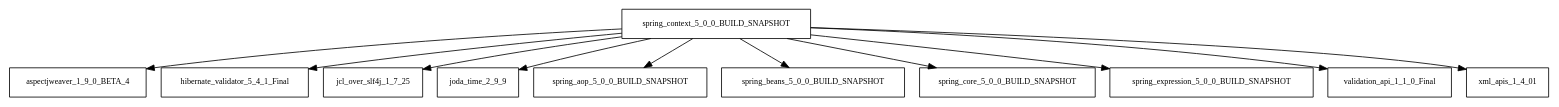
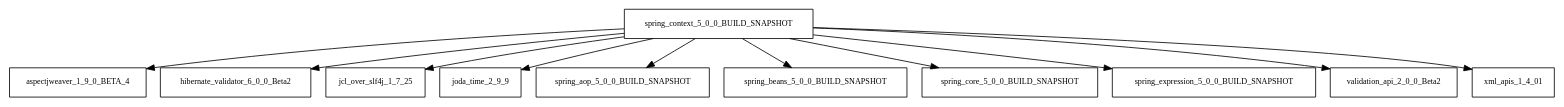
The diagram in tattleTaleReport/graphviz/spring-context-5.0.0.BUILD-SNAPSHOT.jar/spring-context-5.0.0.BUILD-SNAPSHOT.jar.dot (AglaianWoman/cia), drawn with Graphviz before and after one commit. The commit also changed 1763 other files, not shown here.

```diff
--- a/tattleTaleReport/graphviz/spring-context-5.0.0.BUILD-SNAPSHOT.jar/spring-context-5.0.0.BUILD-SNAPSHOT.jar.dot
+++ b/tattleTaleReport/graphviz/spring-context-5.0.0.BUILD-SNAPSHOT.jar/spring-context-5.0.0.BUILD-SNAPSHOT.jar.dot
@@ -1,13 +1,13 @@
 digraph spring_context_5_0_0_BUILD_SNAPSHOT_dependencies {
   node [shape = box, fontsize=10.0];
   spring_context_5_0_0_BUILD_SNAPSHOT -> aspectjweaver_1_9_0_BETA_4;
-  spring_context_5_0_0_BUILD_SNAPSHOT -> hibernate_validator_5_4_1_Final;
+  spring_context_5_0_0_BUILD_SNAPSHOT -> hibernate_validator_6_0_0_Beta2;
   spring_context_5_0_0_BUILD_SNAPSHOT -> jcl_over_slf4j_1_7_25;
   spring_context_5_0_0_BUILD_SNAPSHOT -> joda_time_2_9_9;
   spring_context_5_0_0_BUILD_SNAPSHOT -> spring_aop_5_0_0_BUILD_SNAPSHOT;
   spring_context_5_0_0_BUILD_SNAPSHOT -> spring_beans_5_0_0_BUILD_SNAPSHOT;
   spring_context_5_0_0_BUILD_SNAPSHOT -> spring_core_5_0_0_BUILD_SNAPSHOT;
   spring_context_5_0_0_BUILD_SNAPSHOT -> spring_expression_5_0_0_BUILD_SNAPSHOT;
-  spring_context_5_0_0_BUILD_SNAPSHOT -> validation_api_1_1_0_Final;
+  spring_context_5_0_0_BUILD_SNAPSHOT -> validation_api_2_0_0_Beta2;
   spring_context_5_0_0_BUILD_SNAPSHOT -> xml_apis_1_4_01;
 }
```
